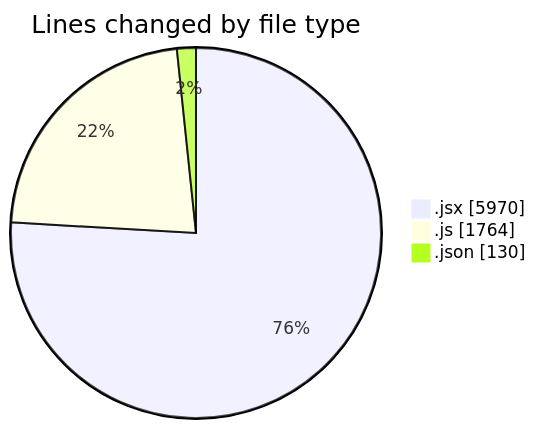
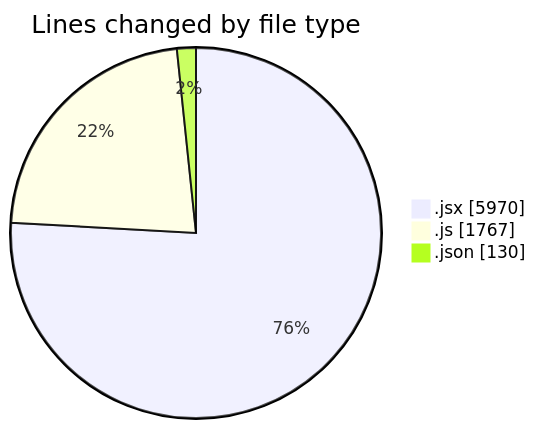
Before and after one commit to nxtqubesakshisongat/code-tracking: the first of 2 diagrams in 2025-08-06/nxtqube_webapp/README.md, drawn with Mermaid. The commit also changed other lines of this file and 1 other file, not shown here.

````diff
--- a/2025-08-06/nxtqube_webapp/README.md
+++ b/2025-08-06/nxtqube_webapp/README.md
@@ -30,7 +30,7 @@
 ```mermaid
 pie showData
 title Lines changed by file type
 ".jsx" : 5970
-".js" : 1764
+".js" : 1767
 ".json" : 130
 ```
````
